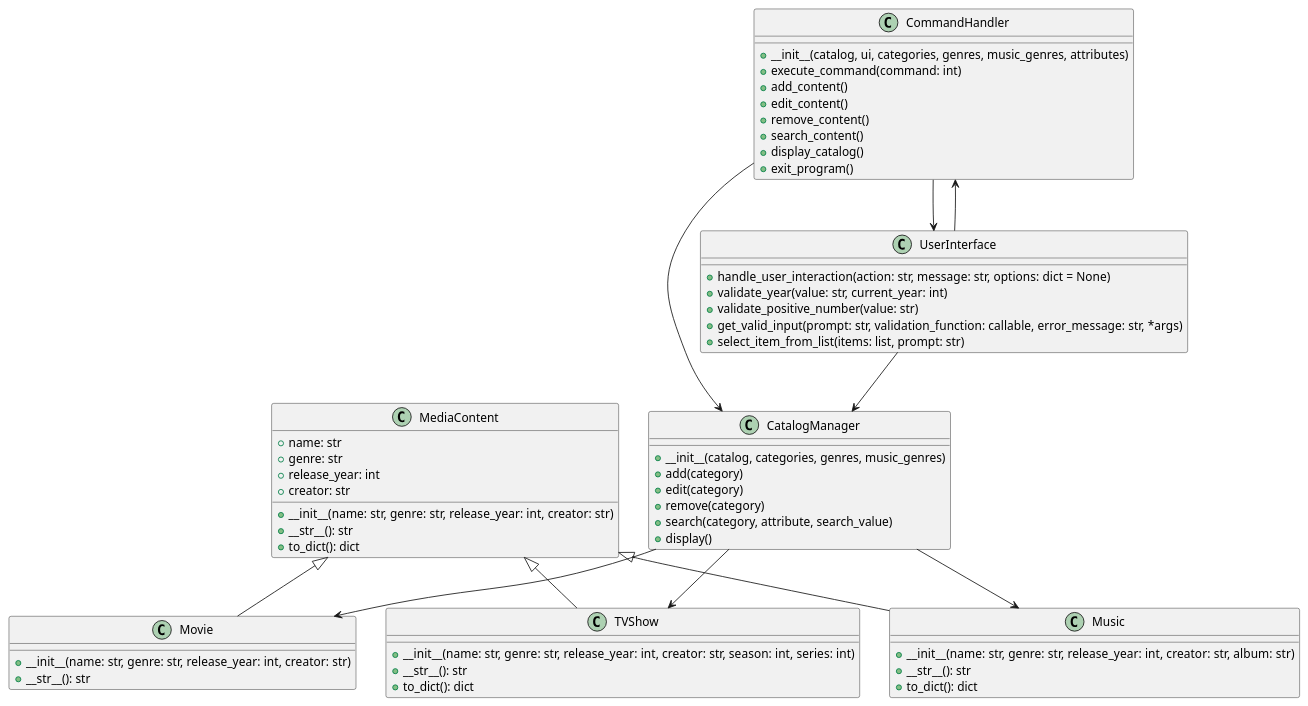
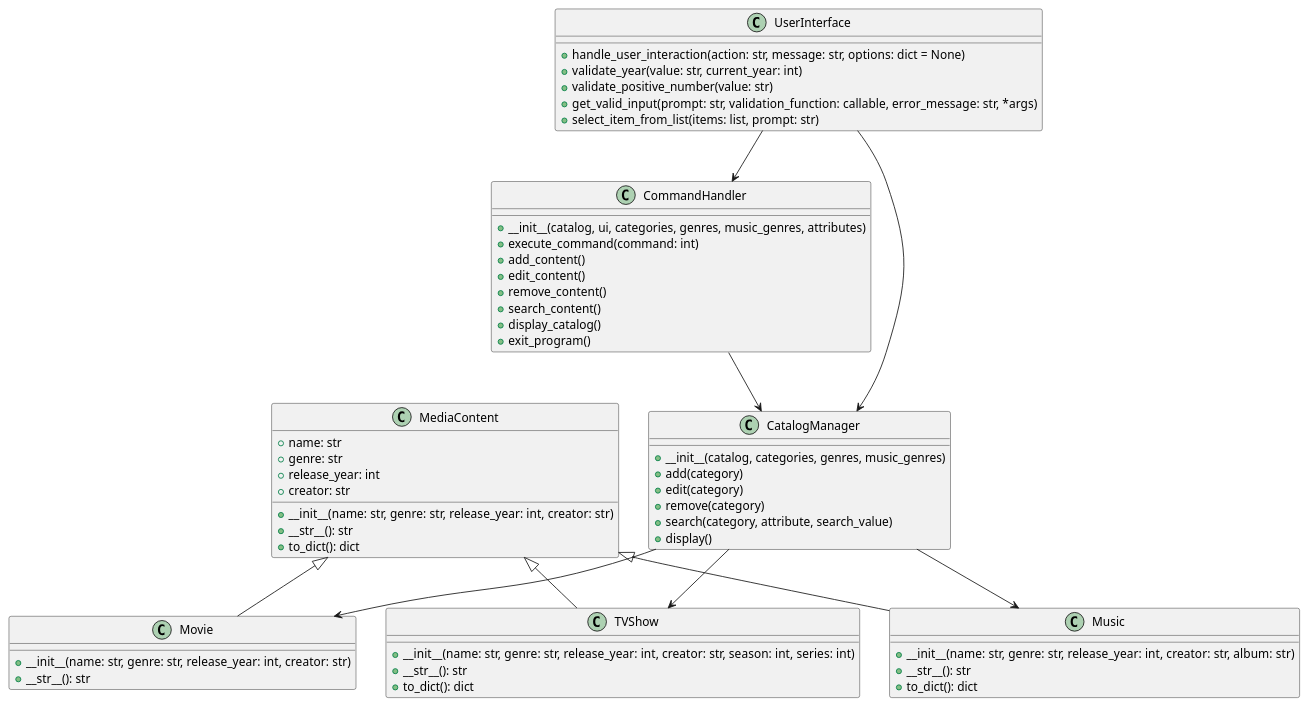
Before and after one commit to ImDanIch/CatalogeComtent: the diagram in UML.puml, drawn with PlantUML.

```diff
--- a/UML.puml
+++ b/UML.puml
@@ -1,72 +1,71 @@
 @startuml
 
 class MediaContent {
     +name: str
     +genre: str
     +release_year: int
     +creator: str
     +__init__(name: str, genre: str, release_year: int, creator: str)
     +__str__(): str
     +to_dict(): dict
 }
 
 class Movie {
     +__init__(name: str, genre: str, release_year: int, creator: str)
     +__str__(): str
 }
 
 class TVShow {
     +__init__(name: str, genre: str, release_year: int, creator: str, season: int, series: int)
     +__str__(): str
     +to_dict(): dict
 }
 
 class Music {
     +__init__(name: str, genre: str, release_year: int, creator: str, album: str)
     +__str__(): str
     +to_dict(): dict
 }
 
 class CommandHandler {
     +__init__(catalog, ui, categories, genres, music_genres, attributes)
     +execute_command(command: int)
     +add_content()
     +edit_content()
     +remove_content()
     +search_content()
     +display_catalog()
     +exit_program()
 }
 
 class CatalogManager {
     +__init__(catalog, categories, genres, music_genres)
     +add(category)
     +edit(category)
     +remove(category)
     +search(category, attribute, search_value)
     +display()
 }
 
 class UserInterface {
     +handle_user_interaction(action: str, message: str, options: dict = None)
     +validate_year(value: str, current_year: int)
     +validate_positive_number(value: str)
     +get_valid_input(prompt: str, validation_function: callable, error_message: str, *args)
     +select_item_from_list(items: list, prompt: str)
 }
 
 MediaContent <|-- Movie
 MediaContent <|-- TVShow
 MediaContent <|-- Music
 
 CommandHandler --> CatalogManager
-CommandHandler --> UserInterface
 
 UserInterface --> CatalogManager
 UserInterface --> CommandHandler
 
 CatalogManager --> Movie
 CatalogManager --> TVShow
 CatalogManager --> Music
 
 @enduml
```
